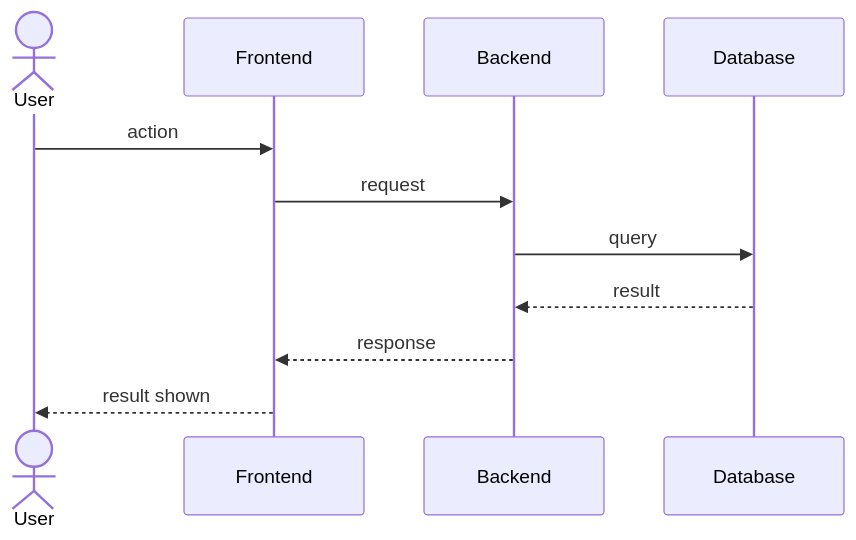
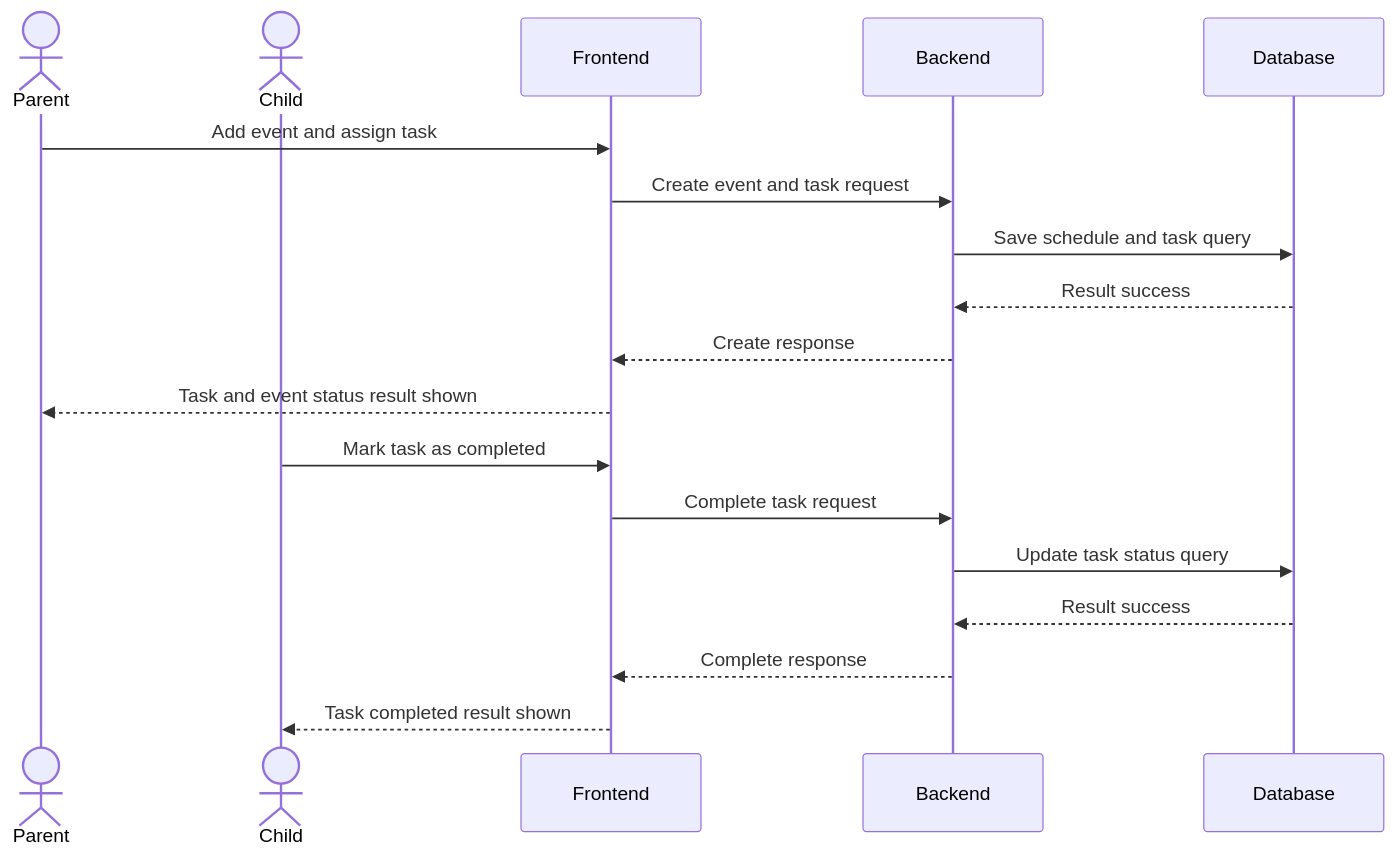
One commit to elifnazakkaynak1/AI_assisted_child_development_platform changed the fourth of 5 diagrams in docs/SDD.md. Above: the diagram before and after it, drawn with Mermaid. The commit also changed other lines of this file, not shown here.

Commit message:
G3-30 Add Sequence Diagrams

````diff
--- a/docs/SDD.md
+++ b/docs/SDD.md
@@ -151,10 +182,22 @@
 ```mermaid
-sequenceDiagram
-    actor User
-    User->>Frontend: action
-    Frontend->>Backend: request
-    Backend->>Database: query
-    Database-->>Backend: result
-    Backend-->>Frontend: response
-    Frontend-->>User: result shown
+    sequenceDiagram
+    actor Parent as Parent
+    actor Child as Child
+    participant Frontend
+    participant Backend
+    participant Database
+
+    Parent->>Frontend: Add event and assign task
+    Frontend->>Backend: Create event and task request
+    Backend->>Database: Save schedule and task query
+    Database-->>Backend: Result success
+    Backend-->>Frontend: Create response
+    Frontend-->>Parent: Task and event status result shown
+
+    Child->>Frontend: Mark task as completed
+    Frontend->>Backend: Complete task request
+    Backend->>Database: Update task status query
+    Database-->>Backend: Result success
+    Backend-->>Frontend: Complete response
+    Frontend-->>Child: Task completed result shown
 ```
````
